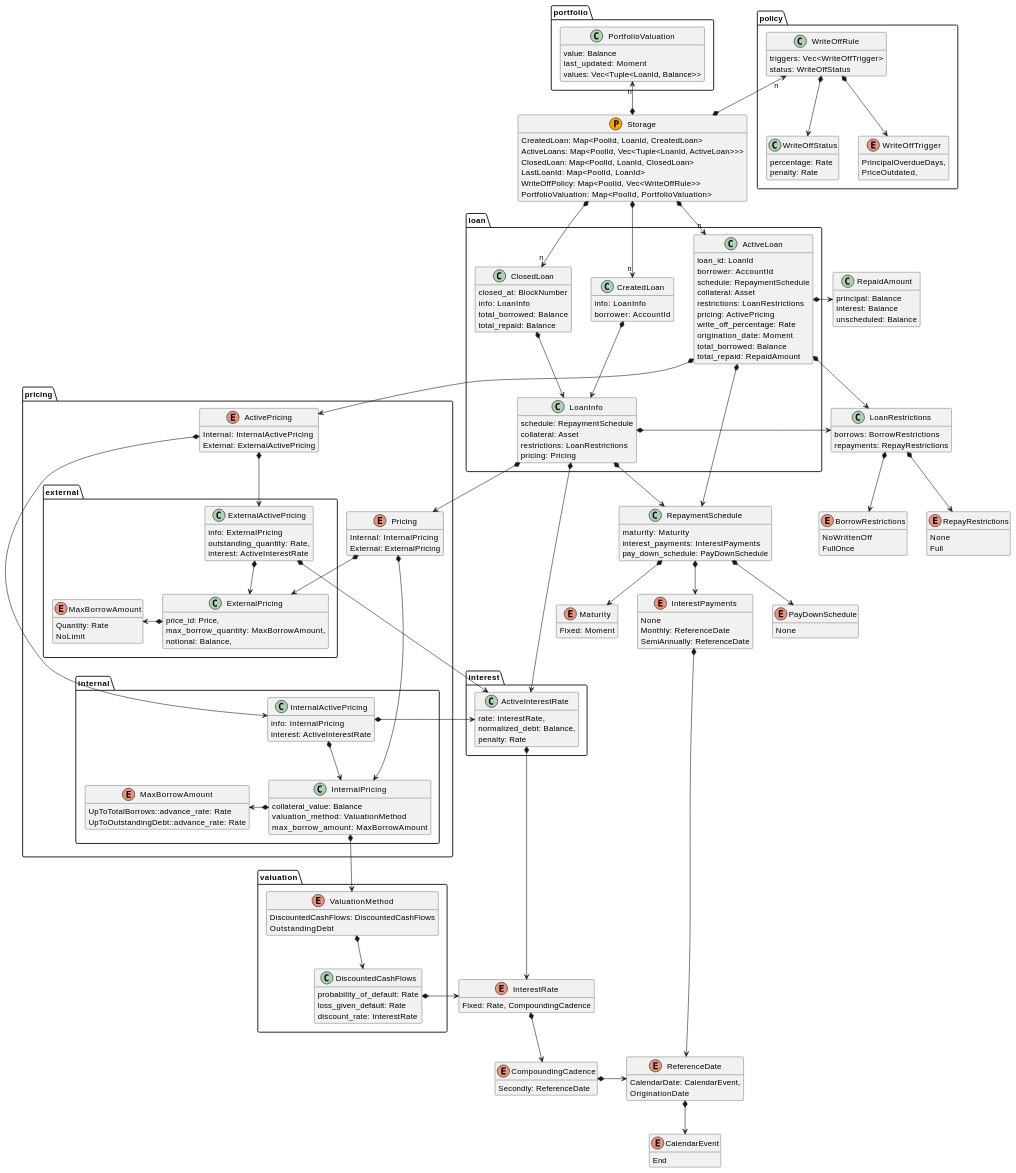
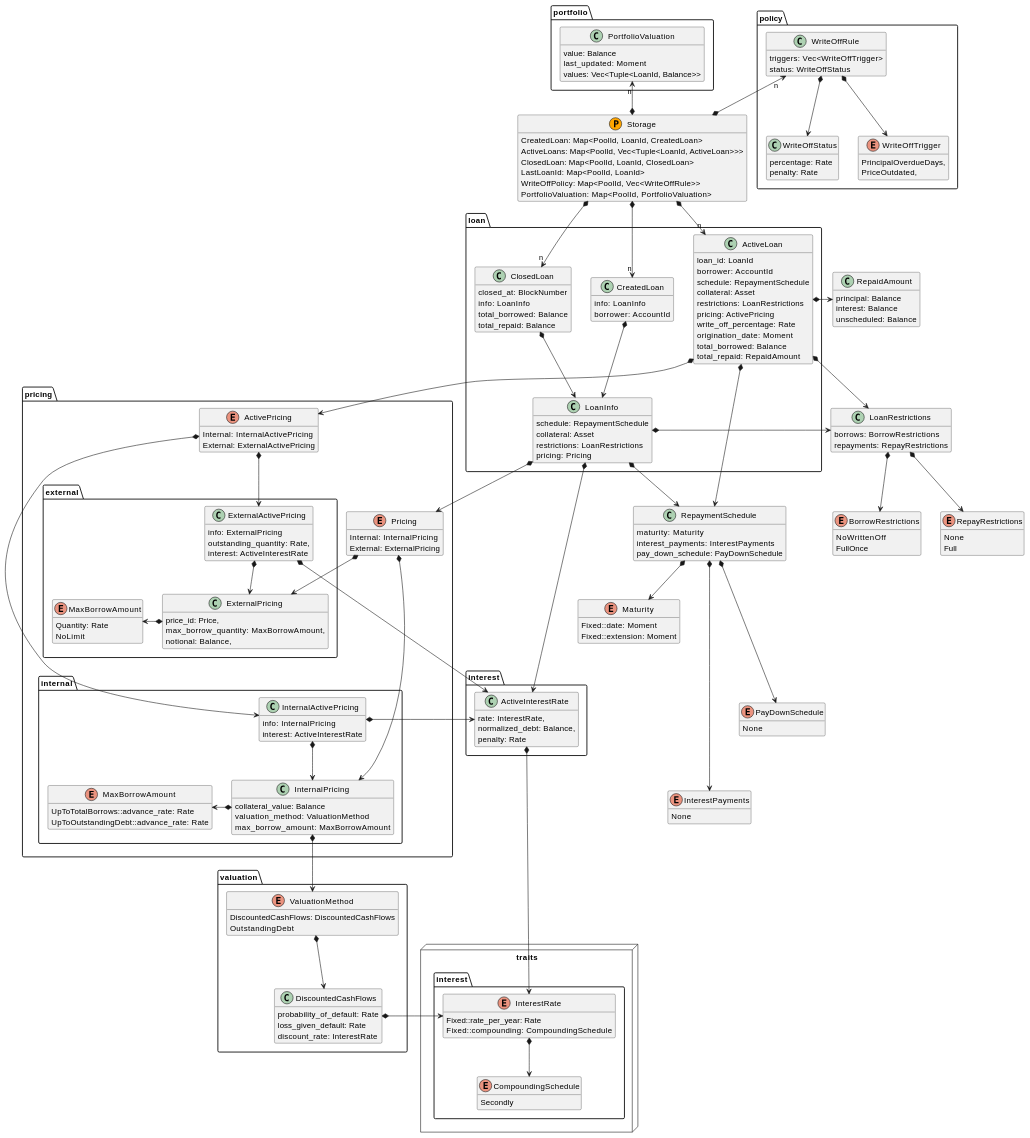
One commit to centrifuge/centrifuge-chain changed the diagram in pallets/loans/docs/types.md. Above: the diagram before and after it, drawn with PlantUML.

Commit message:
adapt loans type diagram to the current merged state

```diff
--- a/pallets/loans/docs/types.md
+++ b/pallets/loans/docs/types.md
@@ -5,27 +5,13 @@
 hide methods
 
 enum Maturity {
-    Fixed: Moment
+    Fixed::date: Moment
+    Fixed::extension: Moment
 }
-
-enum CalendarEvent {
-    End
-}
-
-enum ReferenceDate{
-    CalendarDate: CalendarEvent,
-    OriginationDate
-}
-
-ReferenceDate *--> CalendarEvent
 
 enum InterestPayments {
     None
-    Monthly: ReferenceDate
-    SemiAnnually: ReferenceDate
 }
-
-InterestPayments *-----> ReferenceDate
 
 enum PayDownSchedule {
     None
@@ -38,8 +24,8 @@
 }
 
 RepaymentSchedule *--> Maturity
-RepaymentSchedule *--> PayDownSchedule
-RepaymentSchedule *--> InterestPayments
+RepaymentSchedule *---> PayDownSchedule
+RepaymentSchedule *----> InterestPayments
 
 enum BorrowRestrictions {
     NoWrittenOff
@@ -59,22 +45,25 @@
 LoanRestrictions *--> BorrowRestrictions
 LoanRestrictions *--> RepayRestrictions
 
-enum CompoundingCadence {
-    Secondly: ReferenceDate
-}
-
-CompoundingCadence *-r-> ReferenceDate
-
-enum InterestRate {
-    Fixed: Rate, CompoundingCadence
-}
-
-InterestRate *--> CompoundingCadence
-
 class RepaidAmount {
     principal: Balance
     interest: Balance
     unscheduled: Balance
+}
+
+node traits {
+    package interest {
+        enum CompoundingSchedule {
+            Secondly
+        }
+
+        enum InterestRate {
+            Fixed::rate_per_year: Rate
+            Fixed::compounding: CompoundingSchedule
+        }
+
+        InterestRate *--> CompoundingSchedule
+    }
 }
 
 package portfolio {
```
